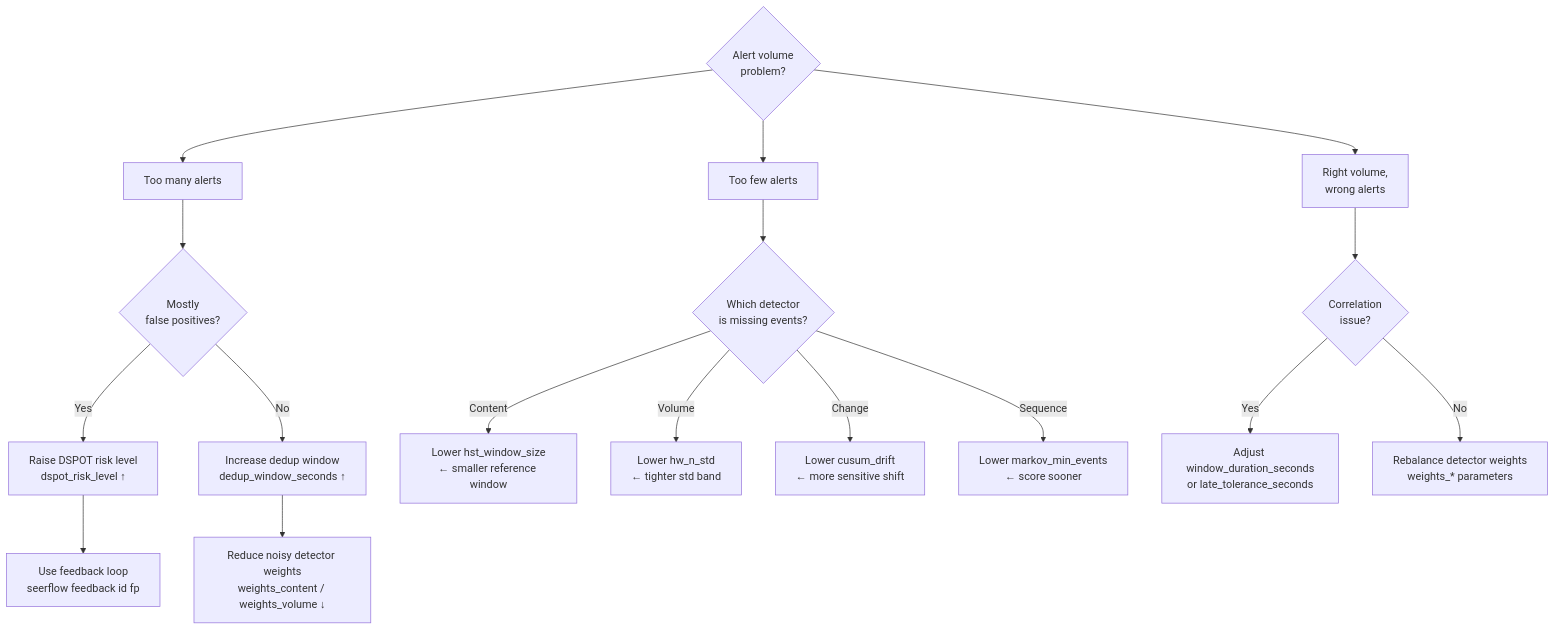
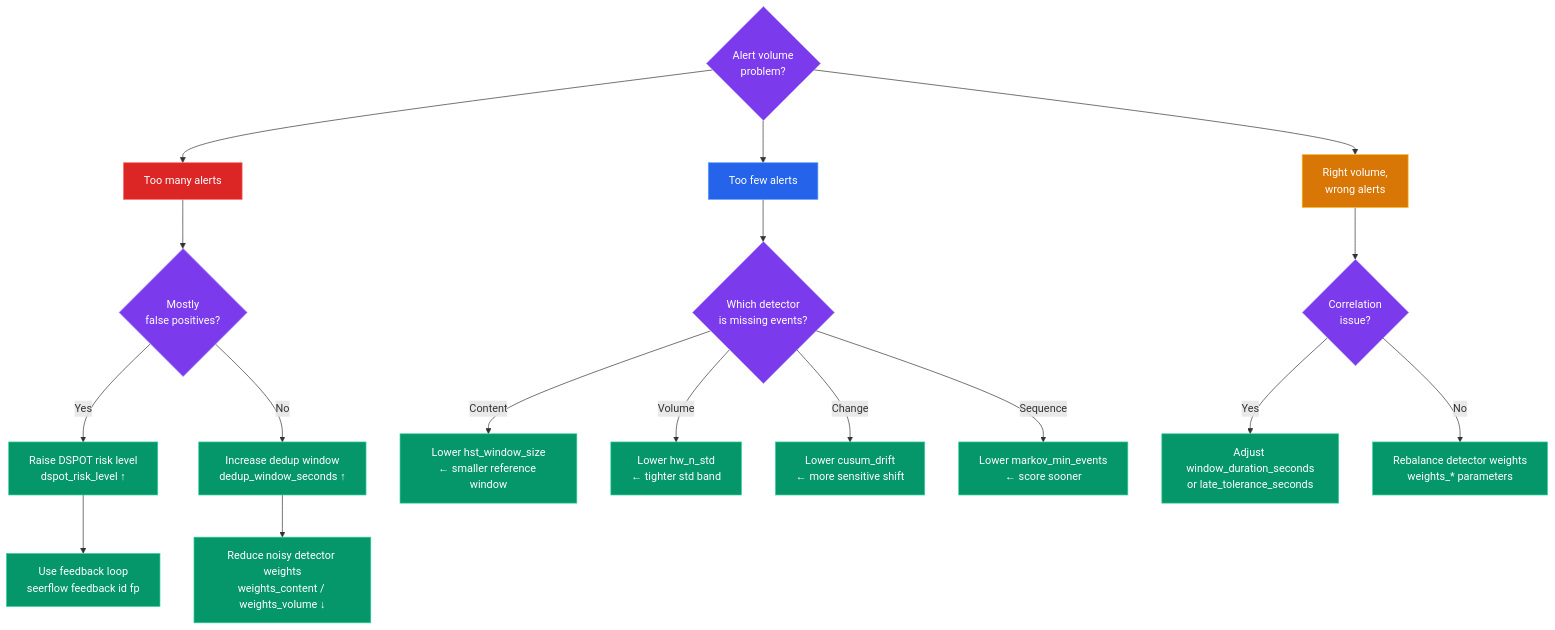
Before and after one commit to seerflow/seerflow-guide: the diagram in docs/operations/tuning.md, drawn with Mermaid.

Commit message:
fix(S-139G): improve contrast on tuning decision flowchart

````diff
--- a/docs/operations/tuning.md
+++ b/docs/operations/tuning.md
@@ -9,23 +9,41 @@
 ```mermaid
 flowchart TD
     Start{Alert volume\nproblem?} --> TooMany[Too many alerts]
     Start --> TooFew[Too few alerts]
     Start --> WrongAlerts[Right volume,\nwrong alerts]
 
     TooMany --> FP{Mostly\nfalse positives?}
     FP -->|Yes| RaiseDspot[Raise DSPOT risk level\ndspot_risk_level ↑]
     FP -->|No| IncreaseDedup[Increase dedup window\ndedup_window_seconds ↑]
 
     RaiseDspot --> Feedback[Use feedback loop\nseerflow feedback id fp]
     IncreaseDedup --> ReduceWeights[Reduce noisy detector weights\nweights_content / weights_volume ↓]
 
     TooFew --> WhichDetector{Which detector\nis missing events?}
     WhichDetector -->|Content| LowerHST[Lower hst_window_size\n← smaller reference window]
     WhichDetector -->|Volume| LowerHW[Lower hw_n_std\n← tighter std band]
     WhichDetector -->|Change| LowerCUSUM[Lower cusum_drift\n← more sensitive shift]
     WhichDetector -->|Sequence| LowerMarkov[Lower markov_min_events\n← score sooner]
 
     WrongAlerts --> CorrIssue{Correlation\nissue?}
     CorrIssue -->|Yes| AdjustWindows[Adjust window_duration_seconds\nor late_tolerance_seconds]
     CorrIssue -->|No| RebalanceWeights[Rebalance detector weights\nweights_* parameters]
+
+    style Start fill:#7c3aed,color:#fff,stroke:#a78bfa
+    style FP fill:#7c3aed,color:#fff,stroke:#a78bfa
+    style WhichDetector fill:#7c3aed,color:#fff,stroke:#a78bfa
+    style CorrIssue fill:#7c3aed,color:#fff,stroke:#a78bfa
+    style TooMany fill:#dc2626,color:#fff,stroke:#f87171
+    style TooFew fill:#2563eb,color:#fff,stroke:#60a5fa
+    style WrongAlerts fill:#d97706,color:#fff,stroke:#fbbf24
+    style RaiseDspot fill:#059669,color:#fff,stroke:#34d399
+    style Feedback fill:#059669,color:#fff,stroke:#34d399
+    style IncreaseDedup fill:#059669,color:#fff,stroke:#34d399
+    style ReduceWeights fill:#059669,color:#fff,stroke:#34d399
+    style LowerHST fill:#059669,color:#fff,stroke:#34d399
+    style LowerHW fill:#059669,color:#fff,stroke:#34d399
+    style LowerCUSUM fill:#059669,color:#fff,stroke:#34d399
+    style LowerMarkov fill:#059669,color:#fff,stroke:#34d399
+    style AdjustWindows fill:#059669,color:#fff,stroke:#34d399
+    style RebalanceWeights fill:#059669,color:#fff,stroke:#34d399
 ```
````
